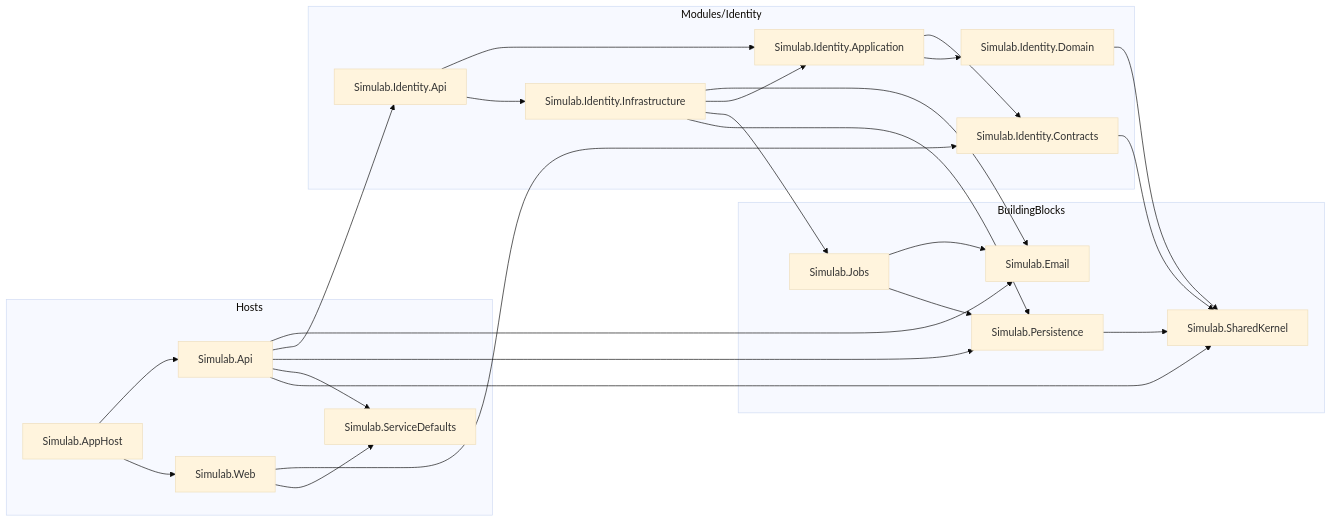
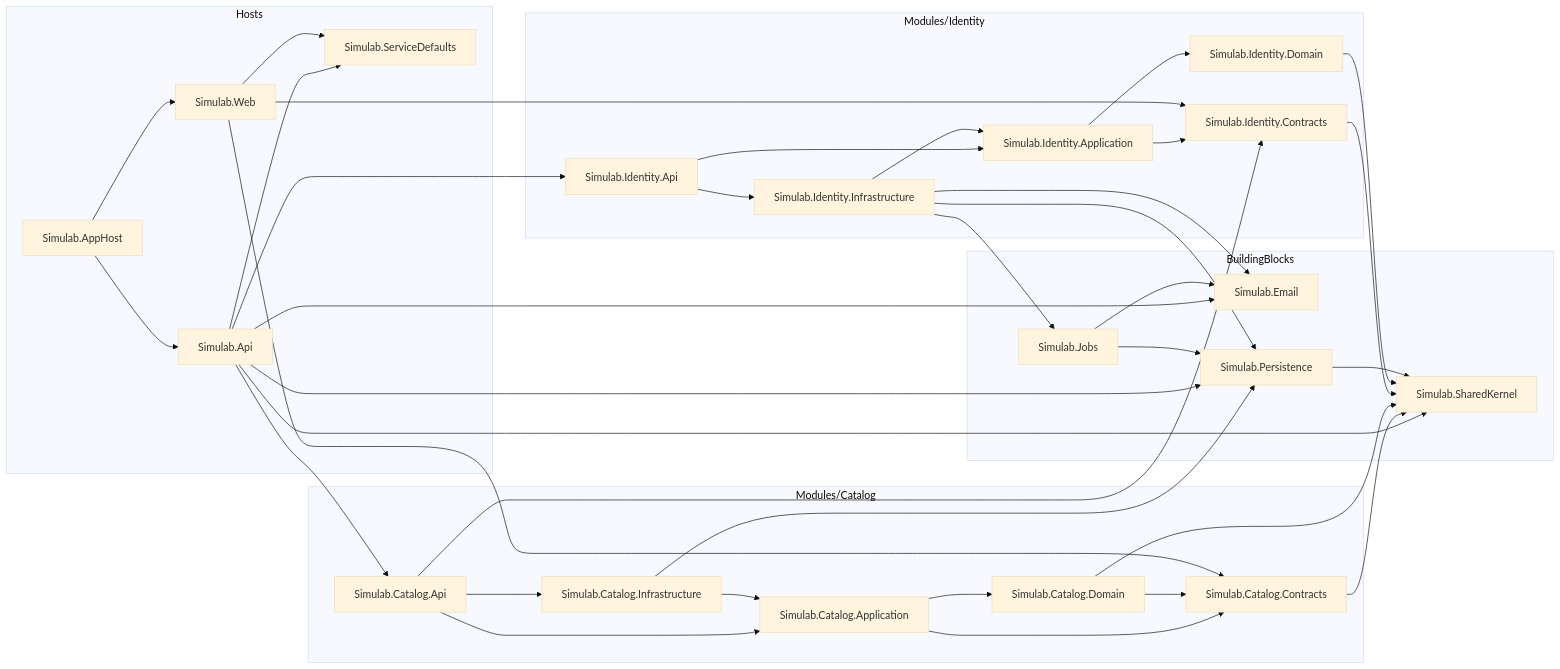
Before and after one commit to alexcanario/simulab: the diagram in docs/architecture/modules.md, drawn with Mermaid (base theme). The commit also changed 22 other files, not shown here.

Commit message:
feat(F-33): architecture rules, generated docs and the app manual (AB#752)

````diff
--- a/docs/architecture/modules.md
+++ b/docs/architecture/modules.md
@@ -5,44 +5,63 @@
 ```mermaid
 flowchart LR
     subgraph BuildingBlocks["BuildingBlocks"]
         Simulab_Email["Simulab.Email"]
         Simulab_Jobs["Simulab.Jobs"]
         Simulab_Persistence["Simulab.Persistence"]
         Simulab_SharedKernel["Simulab.SharedKernel"]
     end
     subgraph Hosts["Hosts"]
         Simulab_Api["Simulab.Api"]
         Simulab_AppHost["Simulab.AppHost"]
         Simulab_ServiceDefaults["Simulab.ServiceDefaults"]
         Simulab_Web["Simulab.Web"]
     end
+    subgraph Modules_Catalog["Modules/Catalog"]
+        Simulab_Catalog_Api["Simulab.Catalog.Api"]
+        Simulab_Catalog_Application["Simulab.Catalog.Application"]
+        Simulab_Catalog_Contracts["Simulab.Catalog.Contracts"]
+        Simulab_Catalog_Domain["Simulab.Catalog.Domain"]
+        Simulab_Catalog_Infrastructure["Simulab.Catalog.Infrastructure"]
+    end
     subgraph Modules_Identity["Modules/Identity"]
         Simulab_Identity_Api["Simulab.Identity.Api"]
         Simulab_Identity_Application["Simulab.Identity.Application"]
         Simulab_Identity_Contracts["Simulab.Identity.Contracts"]
         Simulab_Identity_Domain["Simulab.Identity.Domain"]
         Simulab_Identity_Infrastructure["Simulab.Identity.Infrastructure"]
     end
+    Simulab_Api --> Simulab_Catalog_Api
     Simulab_Api --> Simulab_Email
     Simulab_Api --> Simulab_Identity_Api
     Simulab_Api --> Simulab_Persistence
     Simulab_Api --> Simulab_ServiceDefaults
     Simulab_Api --> Simulab_SharedKernel
     Simulab_AppHost --> Simulab_Api
     Simulab_AppHost --> Simulab_Web
+    Simulab_Catalog_Api --> Simulab_Catalog_Application
+    Simulab_Catalog_Api --> Simulab_Catalog_Infrastructure
+    Simulab_Catalog_Api --> Simulab_Identity_Contracts
+    Simulab_Catalog_Application --> Simulab_Catalog_Contracts
+    Simulab_Catalog_Application --> Simulab_Catalog_Domain
+    Simulab_Catalog_Contracts --> Simulab_SharedKernel
+    Simulab_Catalog_Domain --> Simulab_Catalog_Contracts
+    Simulab_Catalog_Domain --> Simulab_SharedKernel
+    Simulab_Catalog_Infrastructure --> Simulab_Catalog_Application
+    Simulab_Catalog_Infrastructure --> Simulab_Persistence
     Simulab_Identity_Api --> Simulab_Identity_Application
     Simulab_Identity_Api --> Simulab_Identity_Infrastructure
     Simulab_Identity_Application --> Simulab_Identity_Contracts
     Simulab_Identity_Application --> Simulab_Identity_Domain
     Simulab_Identity_Contracts --> Simulab_SharedKernel
     Simulab_Identity_Domain --> Simulab_SharedKernel
     Simulab_Identity_Infrastructure --> Simulab_Email
     Simulab_Identity_Infrastructure --> Simulab_Identity_Application
     Simulab_Identity_Infrastructure --> Simulab_Jobs
     Simulab_Identity_Infrastructure --> Simulab_Persistence
     Simulab_Jobs --> Simulab_Email
     Simulab_Jobs --> Simulab_Persistence
     Simulab_Persistence --> Simulab_SharedKernel
+    Simulab_Web --> Simulab_Catalog_Contracts
     Simulab_Web --> Simulab_Identity_Contracts
     Simulab_Web --> Simulab_ServiceDefaults
 ```
````
